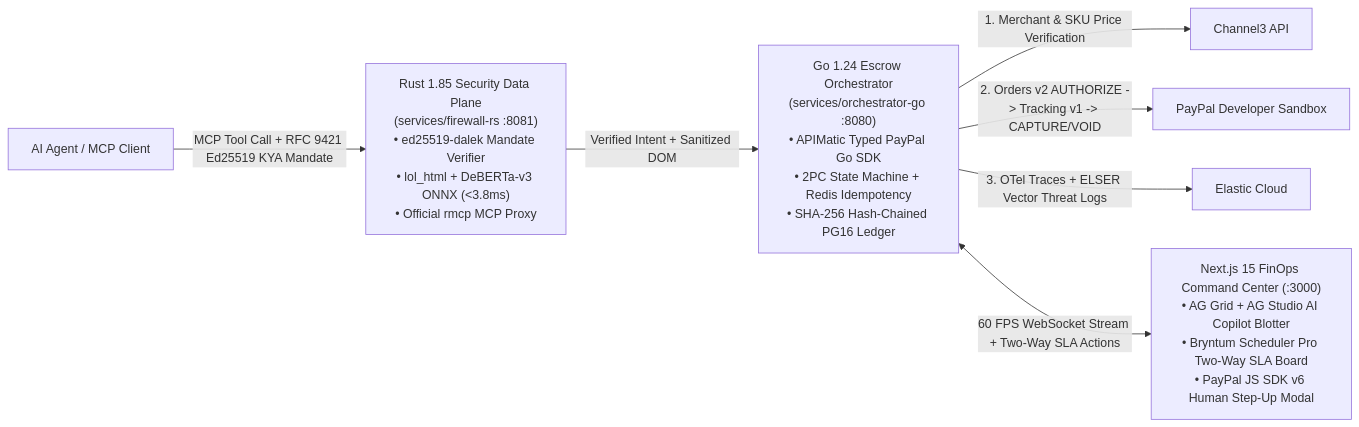
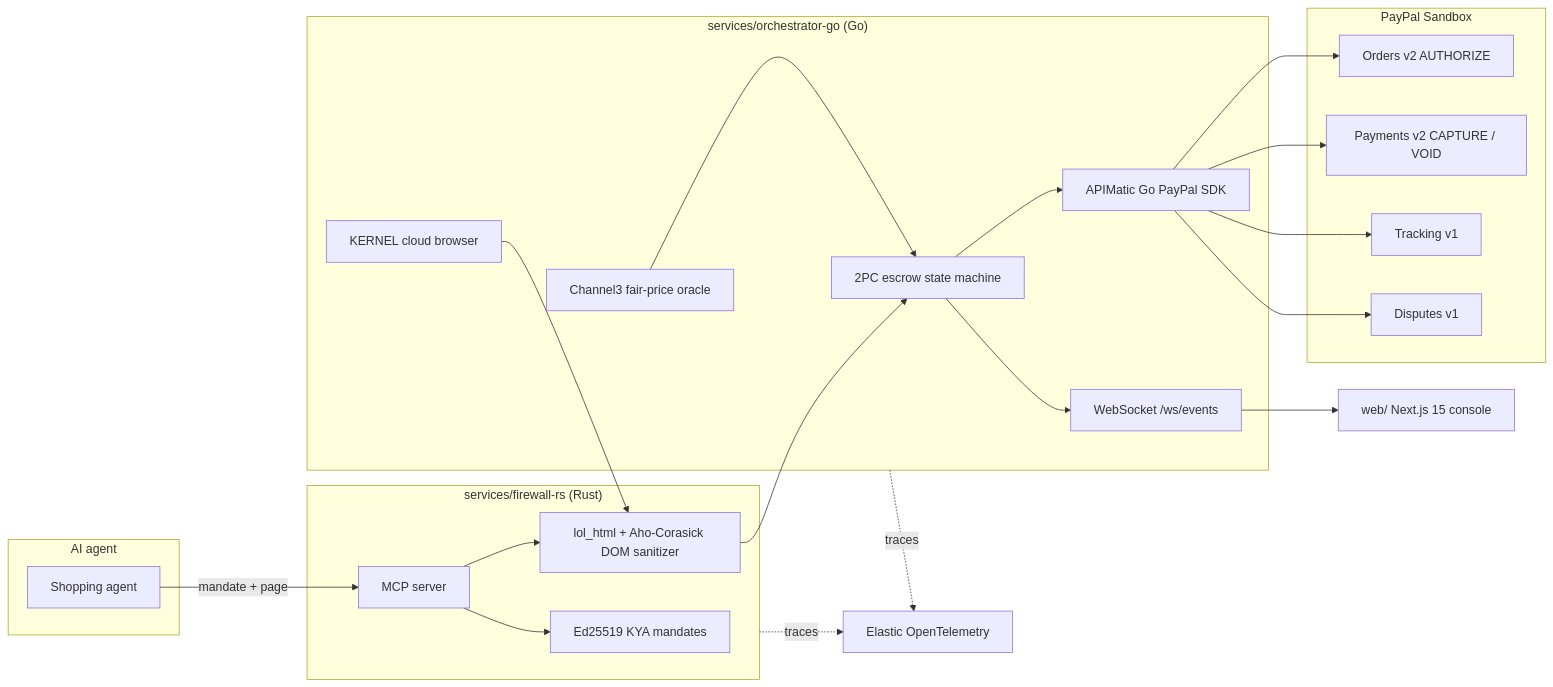
One commit to sruj08/Talos changed the diagram in README.md. Above: the diagram before and after it, drawn with Mermaid. The commit also changed other lines of this file and 366 other files, not shown here.

````diff
--- a/README.md
+++ b/README.md
@@ -36,9 +157,41 @@
 ```mermaid
 flowchart LR
-    Agent["AI Agent / MCP Client"] -->|"MCP Tool Call + RFC 9421 Ed25519 KYA Mandate"| RustFW["Rust 1.85 Security Data Plane<br/>(services/firewall-rs :8081)<br/>• ed25519-dalek Mandate Verifier<br/>• lol_html + DeBERTa-v3 ONNX (<3.8ms)<br/>• Official rmcp MCP Proxy"]
-    RustFW -->|"Verified Intent + Sanitized DOM"| GoOrch["Go 1.24 Escrow Orchestrator<br/>(services/orchestrator-go :8080)<br/>• APIMatic Typed PayPal Go SDK<br/>• 2PC State Machine + Redis Idempotency<br/>• SHA-256 Hash-Chained PG16 Ledger"]
-    GoOrch -->|"1. Merchant & SKU Price Verification"| Ch3["Channel3 API"]
-    GoOrch -->|"2. Orders v2 AUTHORIZE -> Tracking v1 -> CAPTURE/VOID"| PayPal["PayPal Developer Sandbox"]
-    GoOrch -->|"3. OTel Traces + ELSER Vector Threat Logs"| Elastic["Elastic Cloud"]
-    GoOrch <-->|"60 FPS WebSocket Stream + Two-Way SLA Actions"| WebUI["Next.js 15 FinOps Command Center (:3000)<br/>• AG Grid + AG Studio AI Copilot Blotter<br/>• Bryntum Scheduler Pro Two-Way SLA Board<br/>• PayPal JS SDK v6 Human Step-Up Modal"]
+  subgraph Agent["AI agent"]
+    A["Shopping agent"]
+  end
+  subgraph Firewall["services/firewall-rs (Rust)"]
+    M["Ed25519 KYA mandates"]
+    S["lol_html + Aho-Corasick DOM sanitizer"]
+    MCP["MCP server"]
+  end
+  subgraph Orchestrator["services/orchestrator-go (Go)"]
+    C3["Channel3 fair-price oracle"]
+    K["KERNEL cloud browser"]
+    E["2PC escrow state machine"]
+    SDK["APIMatic Go PayPal SDK"]
+    WS["WebSocket /ws/events"]
+  end
+  subgraph PayPal["PayPal Sandbox"]
+    O["Orders v2 AUTHORIZE"]
+    P["Payments v2 CAPTURE / VOID"]
+    T["Tracking v1"]
+    D["Disputes v1"]
+  end
+  UI["web/ Next.js 15 console"]
+  OBS["Elastic OpenTelemetry"]
+
+  A -->|mandate + page| MCP
+  MCP --> M
+  MCP --> S
+  K --> S
+  S --> E
+  C3 --> E
+  E --> SDK
+  SDK --> O
+  SDK --> P
+  SDK --> T
+  SDK --> D
+  E --> WS --> UI
+  Firewall -. traces .-> OBS
+  Orchestrator -. traces .-> OBS
 ```
````
